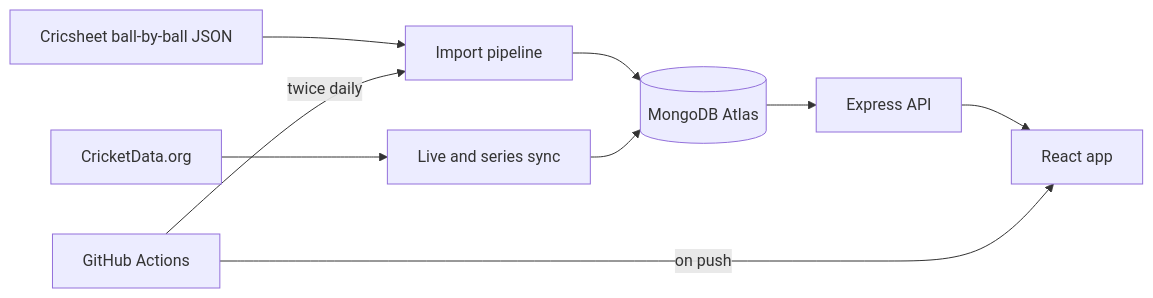
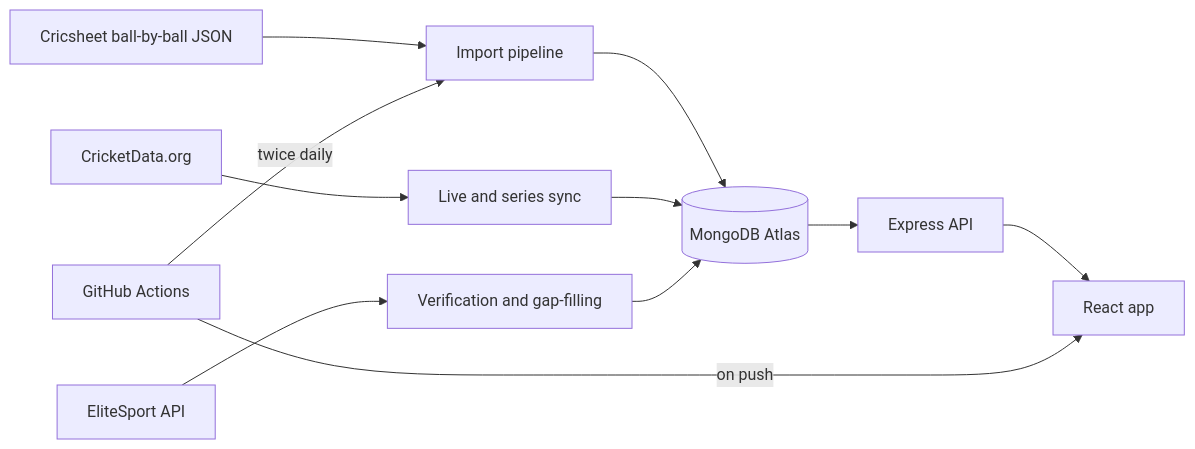
The diagram in README.md (Niveditha-Sury/CreaseClub), drawn with Mermaid before and after one commit. The commit also changed other lines of this file and 18 other files, not shown here.

````diff
--- a/README.md
+++ b/README.md
@@ -41,11 +44,13 @@
 ```mermaid
 flowchart LR
   CS[Cricsheet ball-by-ball JSON] --> IMP[Import pipeline]
-  API[CricketData.org] --> SYNC[Live and series sync]
+  CD[CricketData.org] --> SYNC[Live and series sync]
+  ES[EliteSport API] --> VER[Verification and gap-filling]
   IMP --> DB[(MongoDB Atlas)]
   SYNC --> DB
+  VER --> DB
   DB --> EXP[Express API]
   EXP --> UI[React app]
   GH[GitHub Actions] -- twice daily --> IMP
   GH -- on push --> UI
 ```
````
